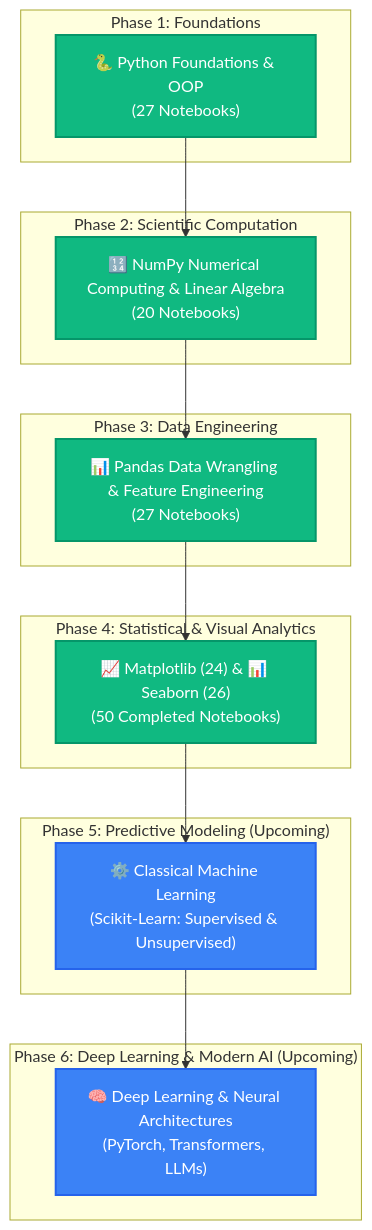
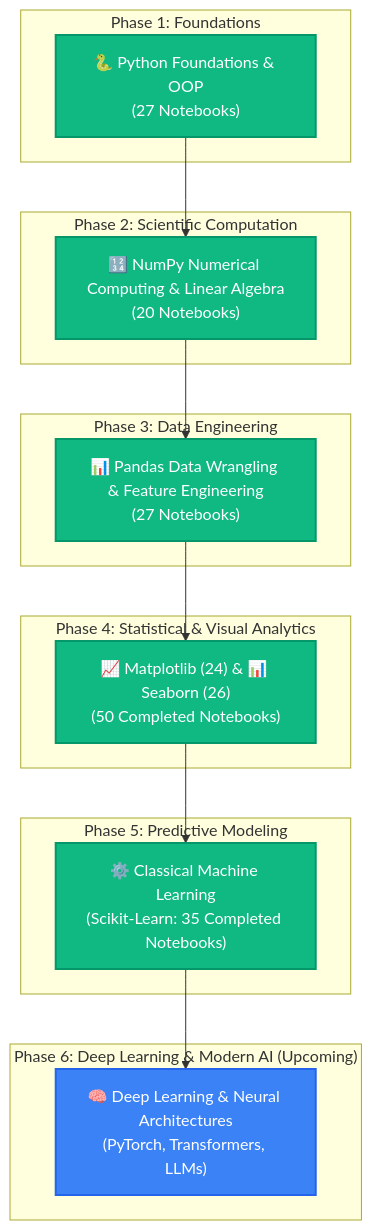
Before and after one commit to VIJAYAPANDIANT/AI-ML-Learning: the diagram in README.md, drawn with Mermaid. The commit also changed other lines of this file and 36 other files, not shown here.

Commit message:
feat: add 35-notebook Scikit-learn module with documentation and update root README

````diff
--- a/README.md
+++ b/README.md
@@ -101,37 +104,37 @@
 ```mermaid
 flowchart TD
     subgraph S1["Phase 1: Foundations"]
         A["🐍 Python Foundations & OOP<br/>(27 Notebooks)"]
     end
 
     subgraph S2["Phase 2: Scientific Computation"]
         B["🔢 NumPy Numerical Computing & Linear Algebra<br/>(20 Notebooks)"]
     end
 
     subgraph S3["Phase 3: Data Engineering"]
         C["📊 Pandas Data Wrangling & Feature Engineering<br/>(27 Notebooks)"]
     end
 
     subgraph S4["Phase 4: Statistical & Visual Analytics"]
         D["📈 Matplotlib (24) & 📊 Seaborn (26)<br/>(50 Completed Notebooks)"]
     end
 
-    subgraph S5["Phase 5: Predictive Modeling (Upcoming)"]
-        E["⚙️ Classical Machine Learning<br/>(Scikit-Learn: Supervised & Unsupervised)"]
+    subgraph S5["Phase 5: Predictive Modeling"]
+        E["⚙️ Classical Machine Learning<br/>(Scikit-Learn: 35 Completed Notebooks)"]
     end
 
     subgraph S6["Phase 6: Deep Learning & Modern AI (Upcoming)"]
         F["🧠 Deep Learning & Neural Architectures<br/>(PyTorch, Transformers, LLMs)"]
     end
 
     A --> B
     B --> C
     C --> D
     D --> E
     E --> F
 
     classDef completed fill:#10B981,stroke:#059669,stroke-width:2px,color:#ffffff;
     classDef upcoming fill:#3B82F6,stroke:#2563EB,stroke-width:2px,color:#ffffff;
-    class A,B,C,D completed;
-    class E,F upcoming;
+    class A,B,C,D,E completed;
+    class F upcoming;
 ```
````
